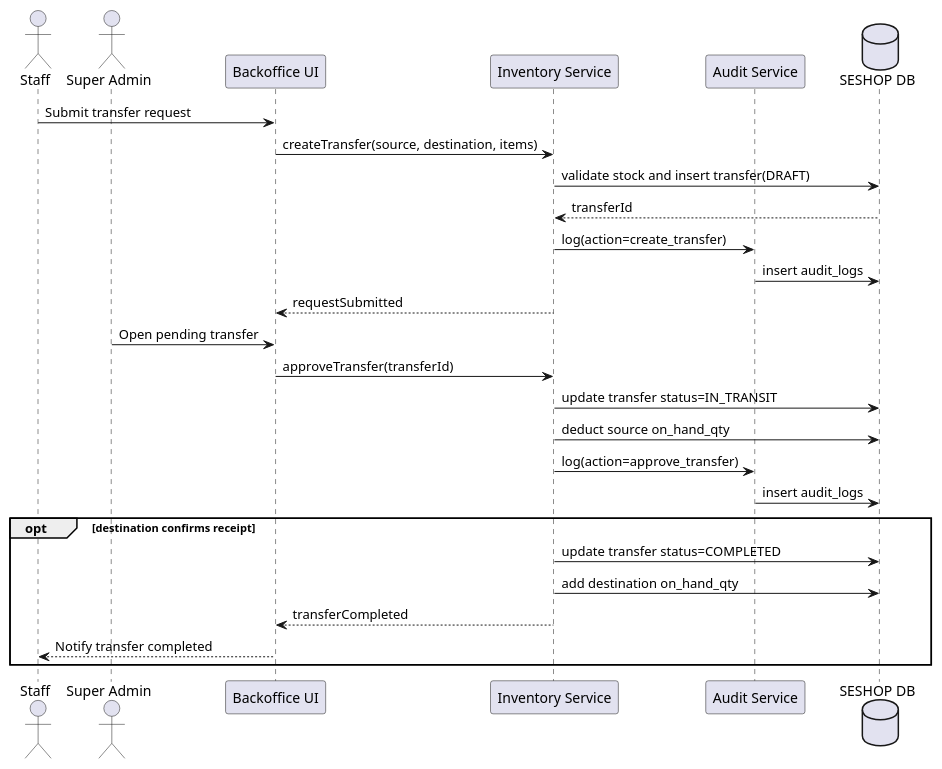
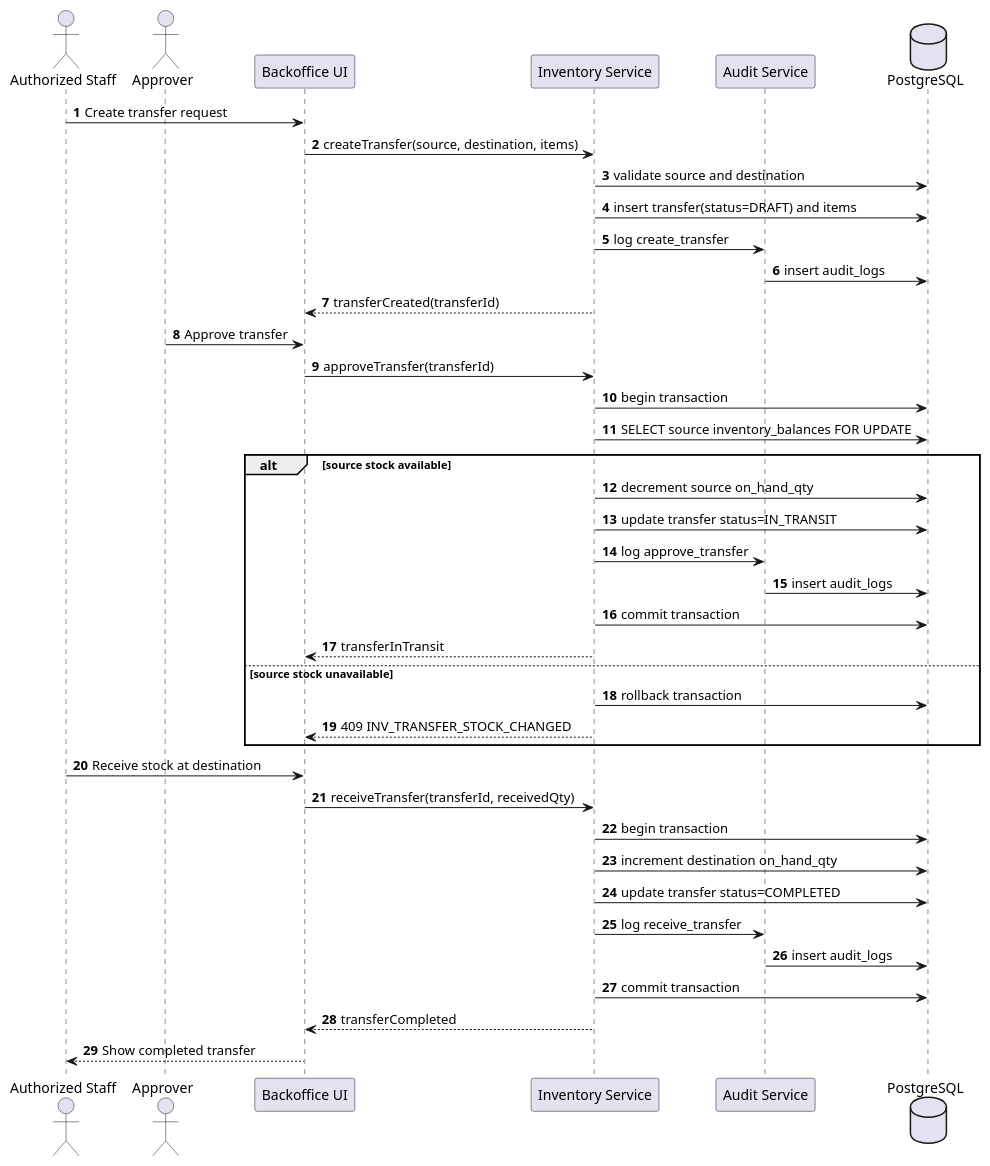
One commit to dieuxuanhien/SeShop changed the diagram in docs/2. Diagrams/sequence/stock-transfer-approval.puml. Above: the diagram before and after it, drawn with PlantUML. The commit also changed 64 other files, not shown here.

```diff
--- a/docs/2. Diagrams/sequence/stock-transfer-approval.puml
+++ b/docs/2. Diagrams/sequence/stock-transfer-approval.puml
@@ -1,30 +1,44 @@
 @startuml
-actor Staff
-actor "Super Admin" as Admin
+autonumber
+actor "Authorized Staff" as Staff
+actor "Approver" as Approver
 participant "Backoffice UI" as UI
-participant "Inventory Service" as IS
-participant "Audit Service" as AS
-database "SESHOP DB" as DB
+participant "Inventory Service" as Inventory
+participant "Audit Service" as Audit
+database "PostgreSQL" as DB
 
-Staff -> UI: Submit transfer request
-UI -> IS: createTransfer(source, destination, items)
-IS -> DB: validate stock and insert transfer(DRAFT)
-DB --> IS: transferId
-IS -> AS: log(action=create_transfer)
-AS -> DB: insert audit_logs
-IS --> UI: requestSubmitted
+Staff -> UI: Create transfer request
+UI -> Inventory: createTransfer(source, destination, items)
+Inventory -> DB: validate source and destination
+Inventory -> DB: insert transfer(status=DRAFT) and items
+Inventory -> Audit: log create_transfer
+Audit -> DB: insert audit_logs
+Inventory --> UI: transferCreated(transferId)
 
-Admin -> UI: Open pending transfer
-UI -> IS: approveTransfer(transferId)
-IS -> DB: update transfer status=IN_TRANSIT
-IS -> DB: deduct source on_hand_qty
-IS -> AS: log(action=approve_transfer)
-AS -> DB: insert audit_logs
+Approver -> UI: Approve transfer
+UI -> Inventory: approveTransfer(transferId)
+Inventory -> DB: begin transaction
+Inventory -> DB: SELECT source inventory_balances FOR UPDATE
+alt source stock available
+  Inventory -> DB: decrement source on_hand_qty
+  Inventory -> DB: update transfer status=IN_TRANSIT
+  Inventory -> Audit: log approve_transfer
+  Audit -> DB: insert audit_logs
+  Inventory -> DB: commit transaction
+  Inventory --> UI: transferInTransit
+else source stock unavailable
+  Inventory -> DB: rollback transaction
+  Inventory --> UI: 409 INV_TRANSFER_STOCK_CHANGED
+end
 
-opt destination confirms receipt
-	IS -> DB: update transfer status=COMPLETED
-	IS -> DB: add destination on_hand_qty
-	IS --> UI: transferCompleted
-	UI --> Staff: Notify transfer completed
-end
+Staff -> UI: Receive stock at destination
+UI -> Inventory: receiveTransfer(transferId, receivedQty)
+Inventory -> DB: begin transaction
+Inventory -> DB: increment destination on_hand_qty
+Inventory -> DB: update transfer status=COMPLETED
+Inventory -> Audit: log receive_transfer
+Audit -> DB: insert audit_logs
+Inventory -> DB: commit transaction
+Inventory --> UI: transferCompleted
+UI --> Staff: Show completed transfer
 @enduml
```
